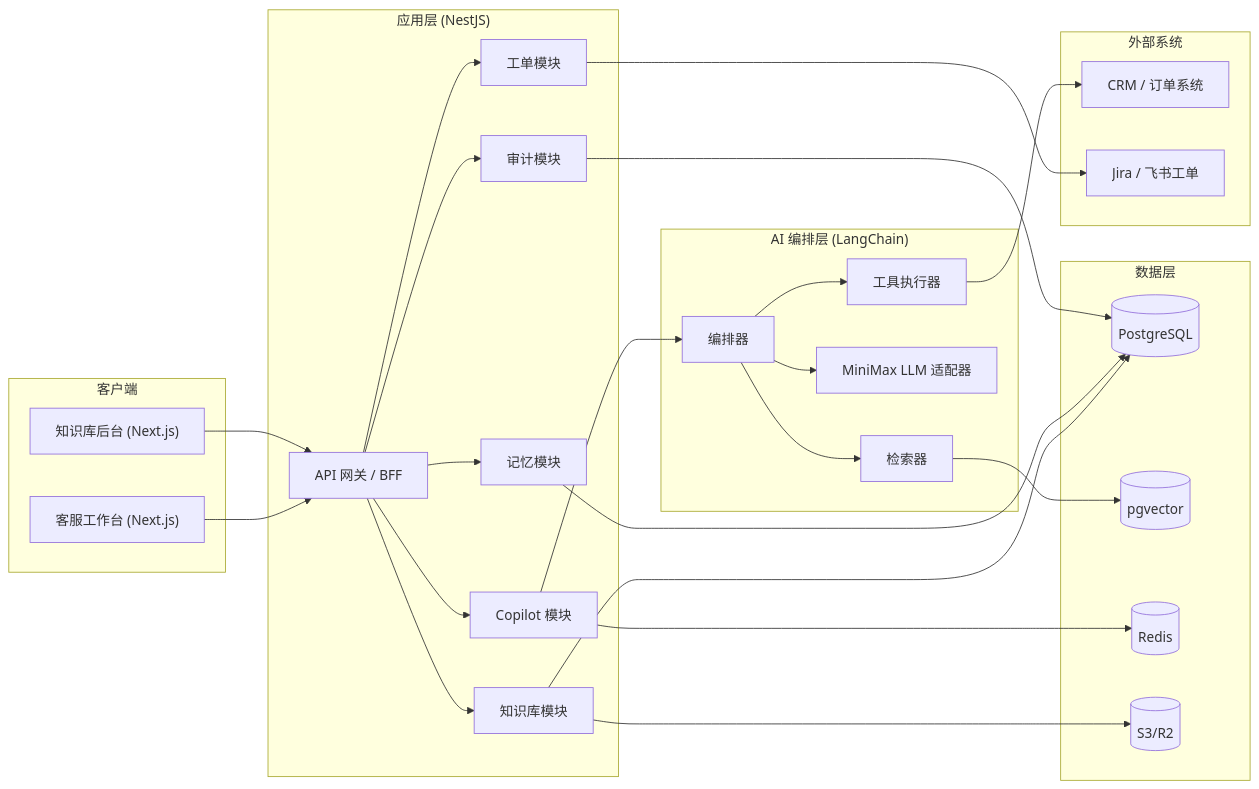
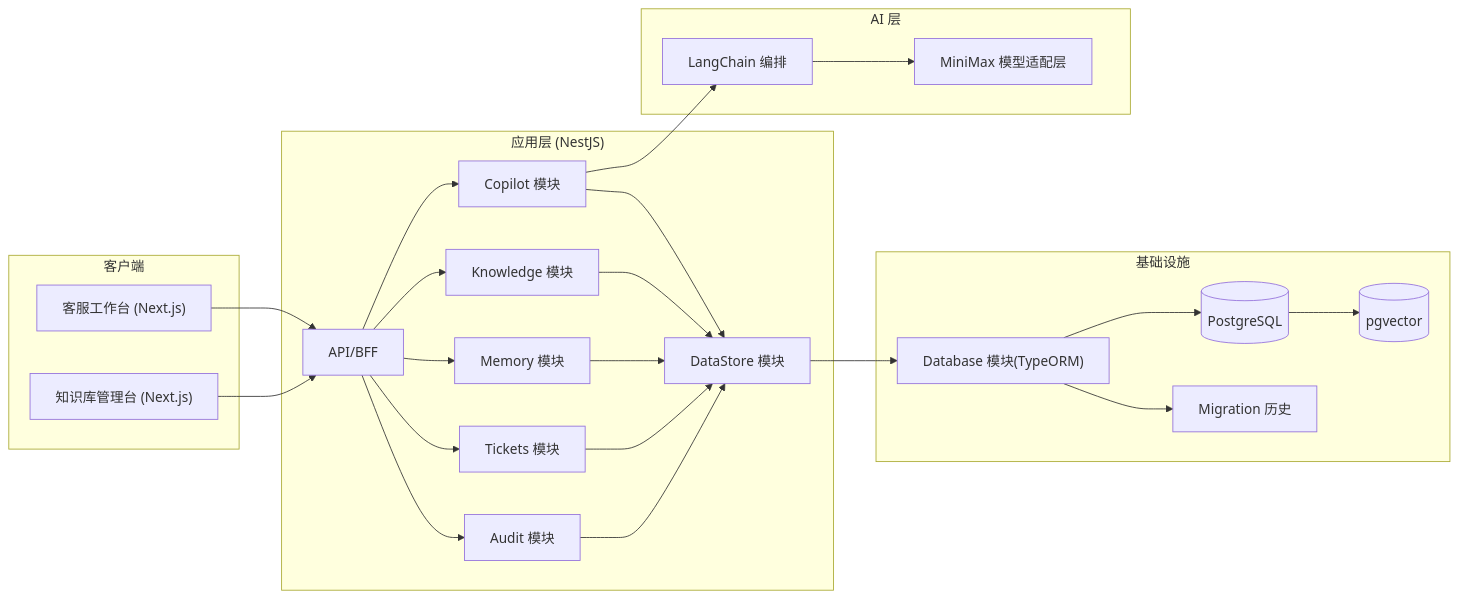
Before and after one commit to tech-zjf/agent: the diagram in docs/01-产品文档/01-产品架构设计.md, drawn with Mermaid. The commit also changed other lines of this file and 52 other files, not shown here.

````diff
--- a/docs/01-产品文档/01-产品架构设计.md
+++ b/docs/01-产品文档/01-产品架构设计.md
@@ -14,58 +20,48 @@
 ```mermaid
 flowchart LR
   subgraph Client["客户端"]
     A["客服工作台 (Next.js)"]
-    B["知识库后台 (Next.js)"]
+    B["知识库管理台 (Next.js)"]
   end
 
   subgraph API["应用层 (NestJS)"]
-    G["API 网关 / BFF"]
+    G["API/BFF"]
     CH["Copilot 模块"]
-    KB["知识库模块"]
-    ME["记忆模块"]
-    TK["工单模块"]
-    AD["审计模块"]
+    KB["Knowledge 模块"]
+    ME["Memory 模块"]
+    TK["Tickets 模块"]
+    AD["Audit 模块"]
+    DS["DataStore 模块"]
   end
 
-  subgraph AI["AI 编排层 (LangChain)"]
-    OR["编排器"]
-    RT["检索器"]
-    LM["MiniMax LLM 适配器"]
-    TL["工具执行器"]
+  subgraph Infra["基础设施"]
+    DBM["Database 模块(TypeORM)"]
+    PG[("PostgreSQL")]
+    MV["Migration 历史"]
+    VEC[("pgvector")]
   end
 
-  subgraph Data["数据层"]
-    PG[("PostgreSQL")]
-    VEC[("pgvector")]
-    RD[("Redis")]
-    OBJ[("S3/R2")]
-  end
-
-  subgraph Ext["外部系统"]
-    CRM["CRM / 订单系统"]
-    TICKET["Jira / 飞书工单"]
+  subgraph AI["AI 层"]
+    LC["LangChain 编排"]
+    MM["MiniMax 模型适配层"]
   end
 
   A --> G
   B --> G
   G --> CH
   G --> KB
   G --> ME
   G --> TK
   G --> AD
-
-  CH --> OR
-  OR --> RT
-  OR --> LM
-  OR --> TL
-
-  RT --> VEC
-  KB --> PG
-  KB --> OBJ
-  ME --> PG
-  CH --> RD
-  AD --> PG
-
-  TL --> CRM
-  TK --> TICKET
+  CH --> DS
+  KB --> DS
+  ME --> DS
+  TK --> DS
+  AD --> DS
+  DS --> DBM
+  DBM --> PG
+  DBM --> MV
+  PG --> VEC
+  CH --> LC
+  LC --> MM
 ```
````
